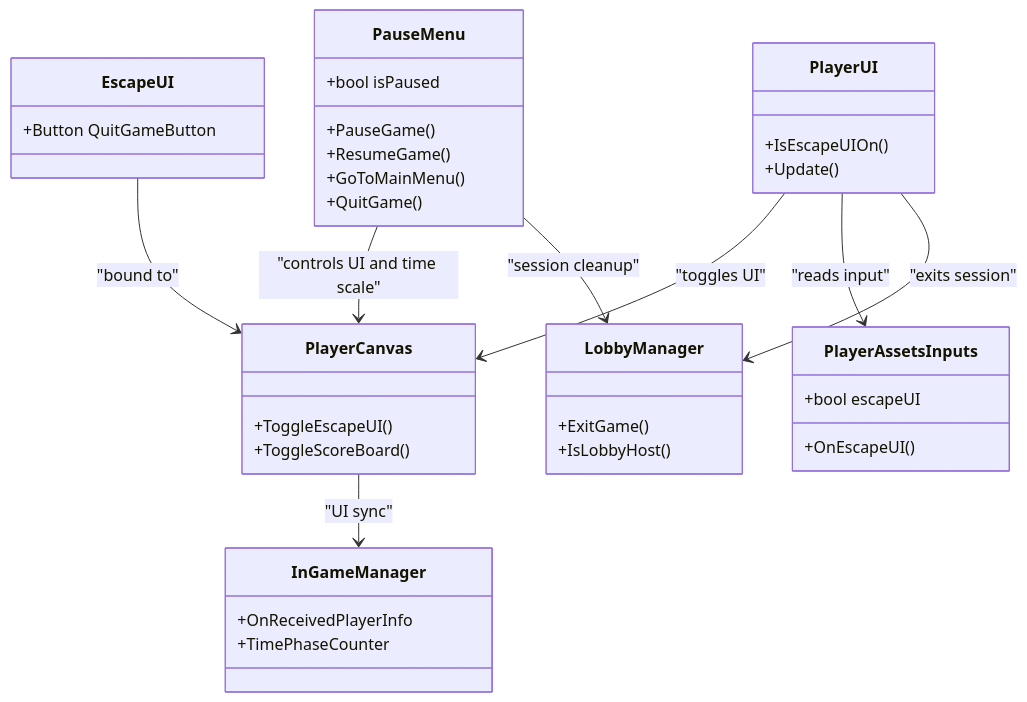
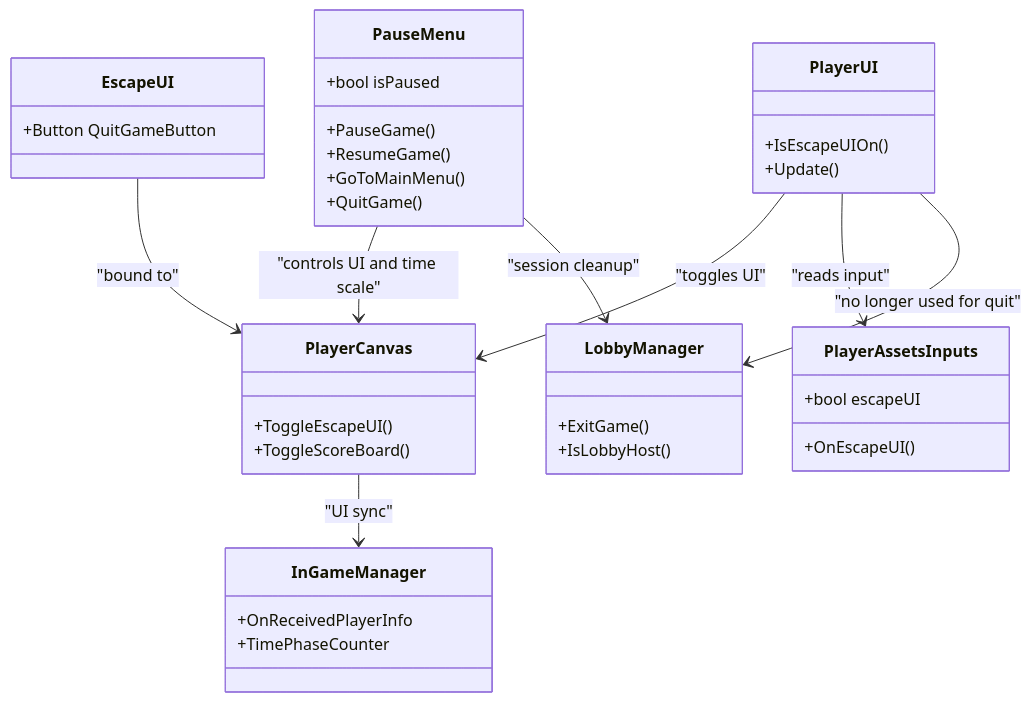
Before and after one commit to kandeng/openclaw_battle_game: the third of 7 diagrams in .qoder/repowiki/en/content/User Interface System/Escape Menu.md, drawn with Mermaid. The commit also changed other lines of this file and 20 other files, not shown here.

````diff
--- a/.qoder/repowiki/en/content/User Interface System/Escape Menu.md
+++ b/.qoder/repowiki/en/content/User Interface System/Escape Menu.md
@@ -228,40 +241,40 @@
 ```mermaid
 classDiagram
 class PauseMenu {
 +bool isPaused
 +PauseGame()
 +ResumeGame()
 +GoToMainMenu()
 +QuitGame()
 }
 class EscapeUI {
 +Button QuitGameButton
 }
 class PlayerCanvas {
 +ToggleEscapeUI()
 +ToggleScoreBoard()
 }
 class PlayerUI {
 +IsEscapeUIOn()
 +Update()
 }
 class PlayerAssetsInputs {
 +bool escapeUI
 +OnEscapeUI()
 }
 class InGameManager {
 +OnReceivedPlayerInfo
 +TimePhaseCounter
 }
 class LobbyManager {
 +ExitGame()
 +IsLobbyHost()
 }
 PauseMenu --> PlayerCanvas : "controls UI and time scale"
 EscapeUI --> PlayerCanvas : "bound to"
 PlayerUI --> PlayerCanvas : "toggles UI"
 PlayerUI --> PlayerAssetsInputs : "reads input"
-PlayerUI --> LobbyManager : "exits session"
+PlayerUI --> LobbyManager : "no longer used for quit"
 PauseMenu --> LobbyManager : "session cleanup"
 PlayerCanvas --> InGameManager : "UI sync"
 ```
````
